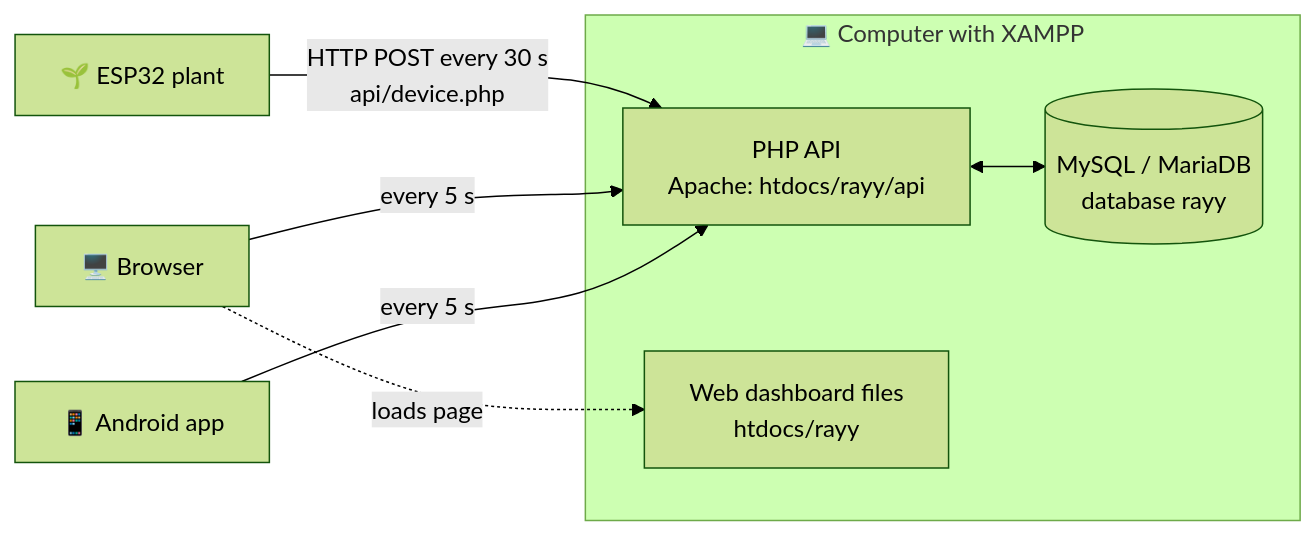
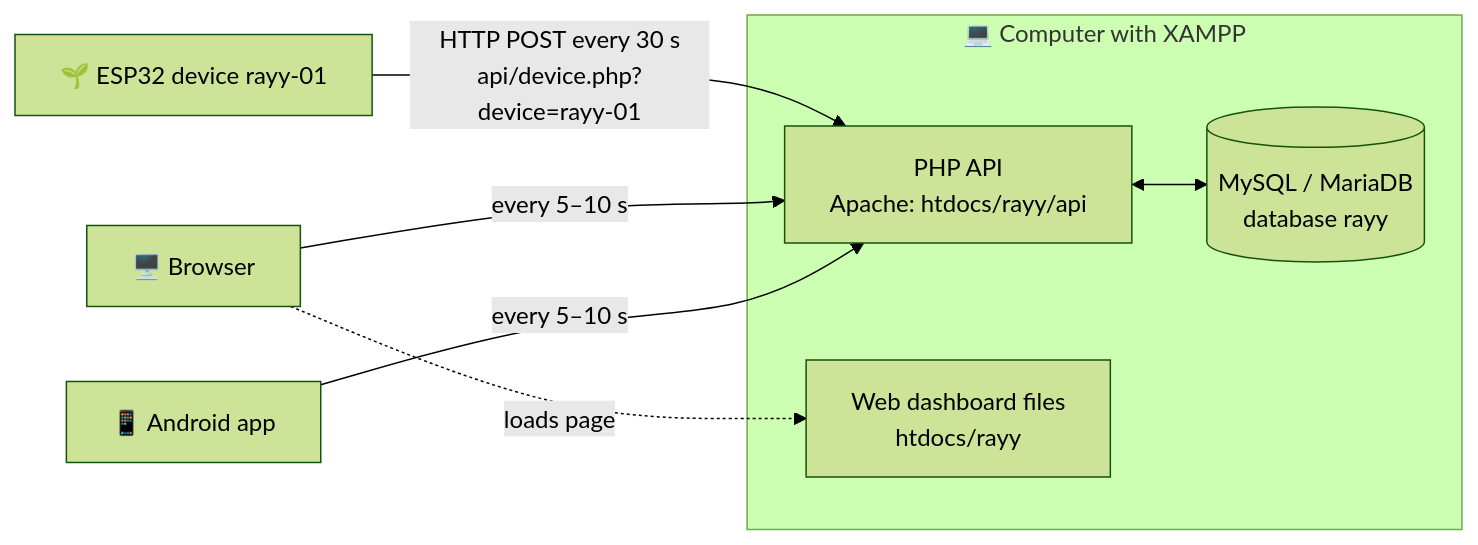
The first of 2 diagrams in rayy-mysql/docs/04-database-mysql-xampp.md (HassanDiab95/CLAUDE), drawn with Mermaid (forest theme) before and after one commit. The commit also changed other lines of this file and 75 other files, not shown here.

````diff
--- a/rayy-mysql/docs/04-database-mysql-xampp.md
+++ b/rayy-mysql/docs/04-database-mysql-xampp.md
@@ -9,11 +23,11 @@
 ```mermaid
 flowchart LR
-  ESP[🌱 ESP32 plant] -- "HTTP POST every 30 s<br/>api/device.php" --> API
+  ESP[🌱 ESP32 device rayy-01] -- "HTTP POST every 30 s<br/>api/device.php?device=rayy-01" --> API
   subgraph PC["💻 Computer with XAMPP"]
     API[PHP API<br/>Apache: htdocs/rayy/api] <--> DB[(MySQL / MariaDB<br/>database rayy)]
     WEBF[Web dashboard files<br/>htdocs/rayy]
   end
-  WEB[🖥️ Browser] -- "every 5 s" --> API
+  WEB[🖥️ Browser] -- "every 5–10 s" --> API
   WEB -. loads page .-> WEBF
-  APP[📱 Android app] -- "every 5 s" --> API
+  APP[📱 Android app] -- "every 5–10 s" --> API
 ```
````
